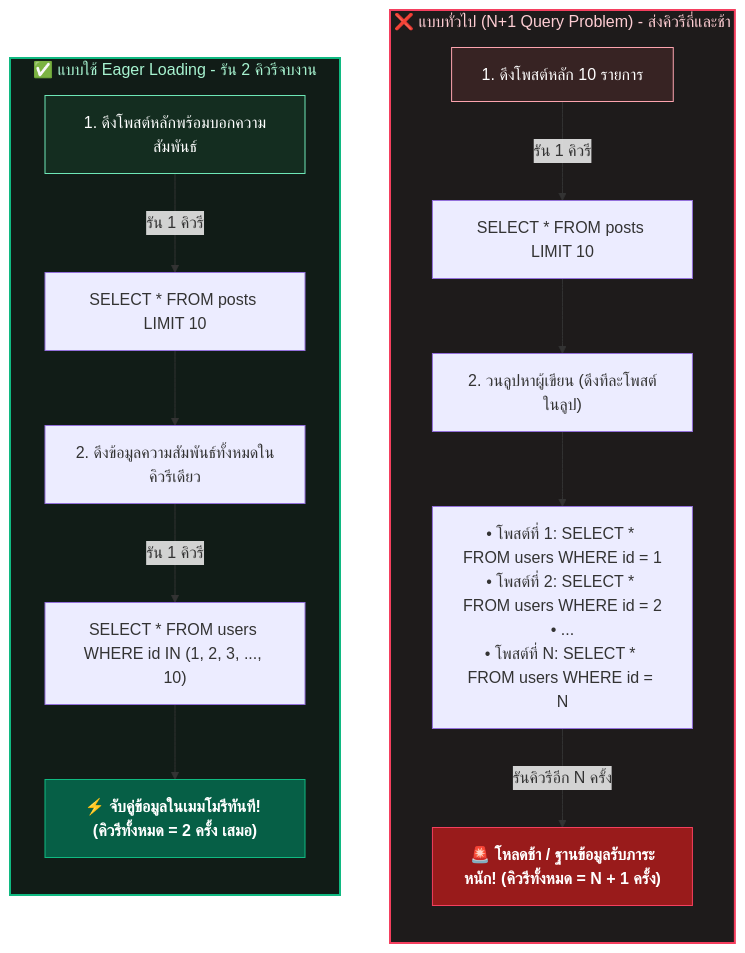
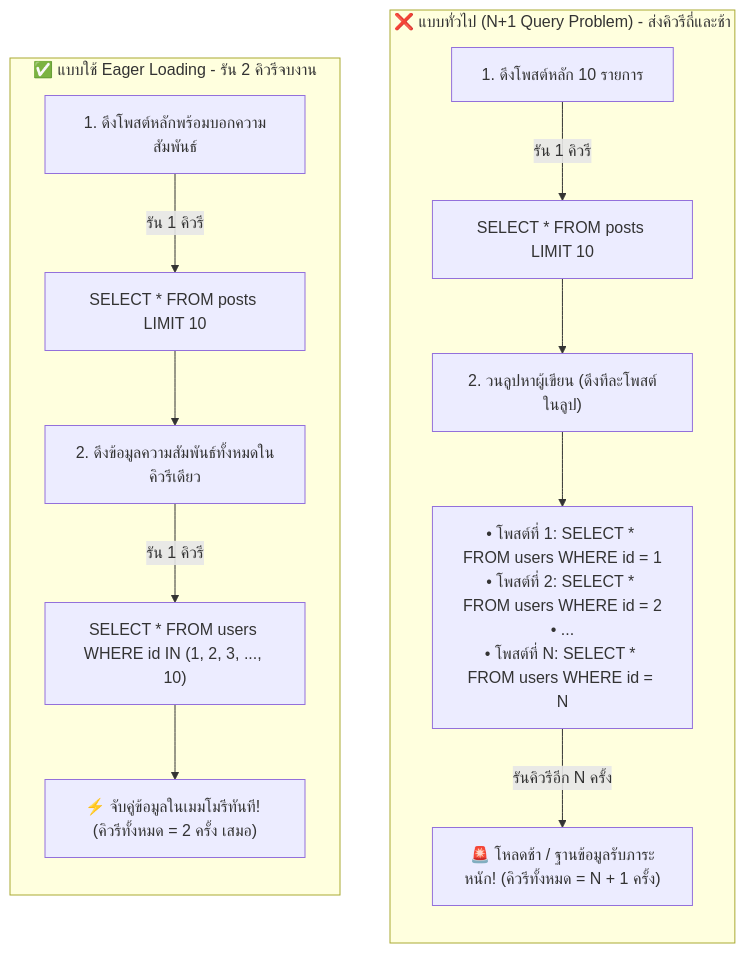
Before and after one commit to Krungsri/laravel-vibecode: the fourth of 8 diagrams in 01-lesson.md, drawn with Mermaid. The commit also changed other lines of this file and 3 other files, not shown here.

Commit message:
style: remove hardcoded Mermaid styles, fix overflow in requirements chart, and invert Anthropic logo in light mode

````diff
--- a/01-lesson.md
+++ b/01-lesson.md
@@ -571,26 +529,18 @@
 ```mermaid
 flowchart TD
     subgraph bad ["❌ แบบทั่วไป (N+1 Query Problem) - ส่งคิวรีถี่และช้า"]
         direction TB
         B1["1. ดึงโพสต์หลัก 10 รายการ"] -- "รัน 1 คิวรี" --> B2["SELECT * FROM posts LIMIT 10"]
         B2 --> B3["2. วนลูปหาผู้เขียน (ดึงทีละโพสต์ในลูป)"]
         B3 --> B4["• โพสต์ที่ 1: SELECT * FROM users WHERE id = 1<br>• โพสต์ที่ 2: SELECT * FROM users WHERE id = 2<br>• ...<br>• โพสต์ที่ N: SELECT * FROM users WHERE id = N"]
         B4 -- "รันคิวรีอีก N ครั้ง" --> B5["🚨 โหลดช้า / ฐานข้อมูลรับภาระหนัก! (คิวรีทั้งหมด = N + 1 ครั้ง)"]
     end
 
     subgraph good ["✅ แบบใช้ Eager Loading - รัน 2 คิวรีจบงาน"]
         direction TB
         G1["1. ดึงโพสต์หลักพร้อมบอกความสัมพันธ์"] -- "รัน 1 คิวรี" --> G2["SELECT * FROM posts LIMIT 10"]
         G2 --> G3["2. ดึงข้อมูลความสัมพันธ์ทั้งหมดในคิวรีเดียว"] -- "รัน 1 คิวรี" --> G4["SELECT * FROM users WHERE id IN (1, 2, 3, ..., 10)"]
         G4 --> G5["⚡ จับคู่ข้อมูลในเมมโมรีทันที! (คิวรีทั้งหมด = 2 ครั้ง เสมอ)"]
     end
 
-    style bad fill:#1e1b1b,stroke:#f43f5e,stroke-width:2px,color:#fecdd3
-    style good fill:#111c17,stroke:#10b981,stroke-width:2px,color:#a7f3d0
-    
-    style B1 fill:#372323,stroke:#fda4af,color:#ffffff
-    style B5 fill:#991b1b,stroke:#f43f5e,color:#ffffff,font-weight:bold
-    
-    style G1 fill:#142d20,stroke:#6ee7b7,color:#ffffff
-    style G5 fill:#065f46,stroke:#10b981,color:#ffffff,font-weight:bold
 ```
````
